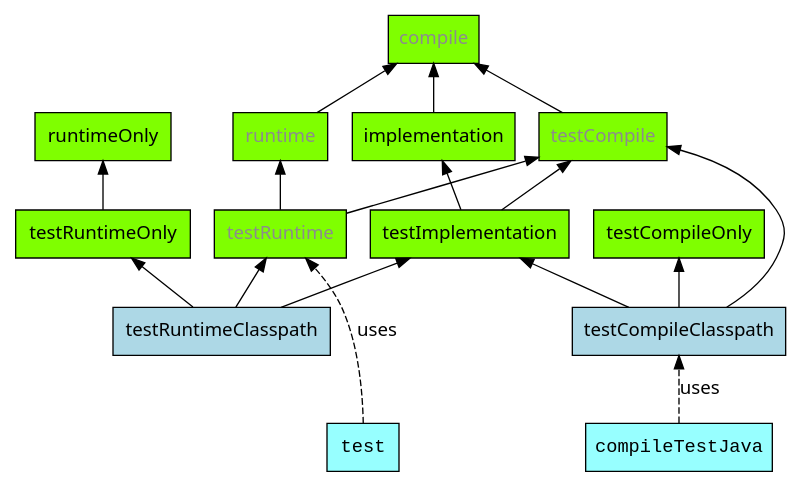
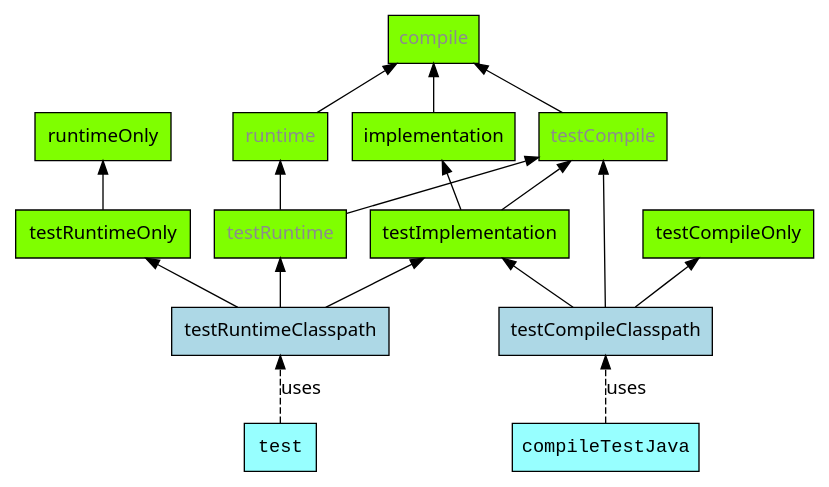
The diagram in subprojects/docs/src/docs/userguide/img/java-test-configurations.dot (gradle/gradle), drawn with Graphviz before and after one commit. The commit also changed 2 other files, not shown here.

Commit message:
Fix diagrams in Java Plugin chapter

```diff
--- a/subprojects/docs/src/docs/userguide/img/java-test-configurations.dot
+++ b/subprojects/docs/src/docs/userguide/img/java-test-configurations.dot
@@ -1,37 +1,34 @@
-digraph javaPluginConfigurations {
+digraph javaTestConfigurations {
 
     rankdir = BT;
     node [fontname="Sans", shape=box, style=filled, fillcolor=chartreuse];
     edge [fontname="Sans"];
 
     /* tasks */
     test [fillcolor=darkslategray1, fontname="Courier New"]
     compileTestJava [fillcolor=darkslategray1, fontname="Courier New"]
 
     /* deprecated confs */
     compile [fontcolor=gray55]
     runtime [fontcolor=gray55]
     testCompile [fontcolor=gray55]
     testRuntime [fontcolor=gray55]
 
     testCompileClasspath [fillcolor=lightblue]
     testRuntimeClasspath [fillcolor=lightblue]
 
     /* configurations */
     implementation -> compile;
     runtime -> compile
 
     testCompile -> compile
     testImplementation -> {testCompile implementation}
     testCompileClasspath -> {testCompile testCompileOnly testImplementation}
     testRuntime -> {runtime testCompile}
     testRuntimeOnly -> runtimeOnly
     testRuntimeClasspath -> {testRuntimeOnly testRuntime testImplementation}
 
     /* tasks */
-    test -> testRuntime [style=dashed label="uses"]
+    test -> testRuntimeClasspath [style=dashed label="uses"]
     compileTestJava -> testCompileClasspath [style=dashed label="uses"]
-
-    /* control for layout */
-    test -> testRuntimeClasspath [style=invis]
 }
```
